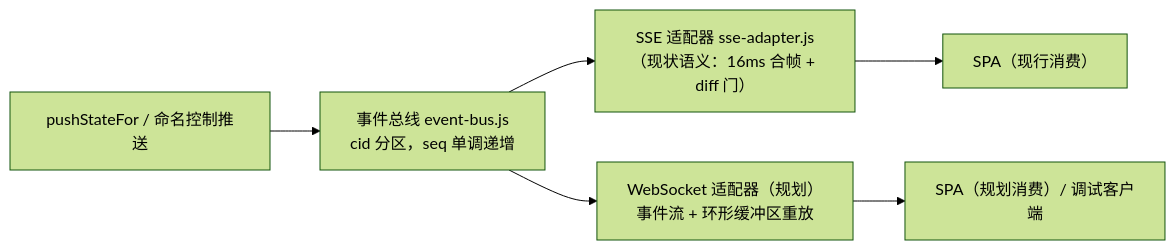
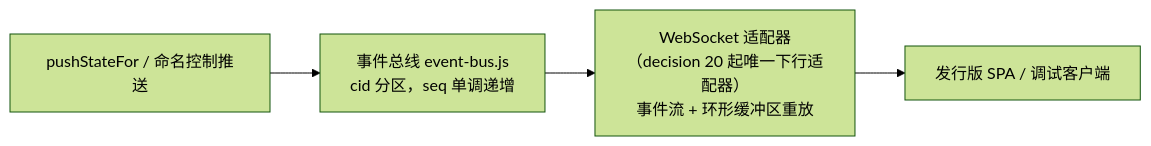
The fourth of 4 diagrams in packages/webui/docs/drafts/arch_net_solution_0922.md (mcode-webui/minimax-code-web), drawn with Mermaid (forest theme) before and after one commit. The commit also changed other lines of this file and 71 other files, not shown here.

````diff
--- a/packages/webui/docs/drafts/arch_net_solution_0922.md
+++ b/packages/webui/docs/drafts/arch_net_solution_0922.md
@@ -109,10 +111,8 @@
 ```mermaid
 flowchart LR
     SRC["pushStateFor / 命名控制推送"]
     BUS["事件总线 event-bus.js<br/>cid 分区，seq 单调递增"]
-    SSEA["SSE 适配器 sse-adapter.js<br/>（现状语义：16ms 合帧 + diff 门）"]
-    WSA["WebSocket 适配器（规划）<br/>事件流 + 环形缓冲区重放"]
+    WSA["WebSocket 适配器（decision 20 起唯一下行适配器）<br/>事件流 + 环形缓冲区重放"]
     SRC --> BUS
-    BUS --> SSEA --> SPA1["SPA（现行消费）"]
-    BUS --> WSA --> SPA2["SPA（规划消费）/ 调试客户端"]
+    BUS --> WSA --> SPA["发行版 SPA / 调试客户端"]
 ```
````
